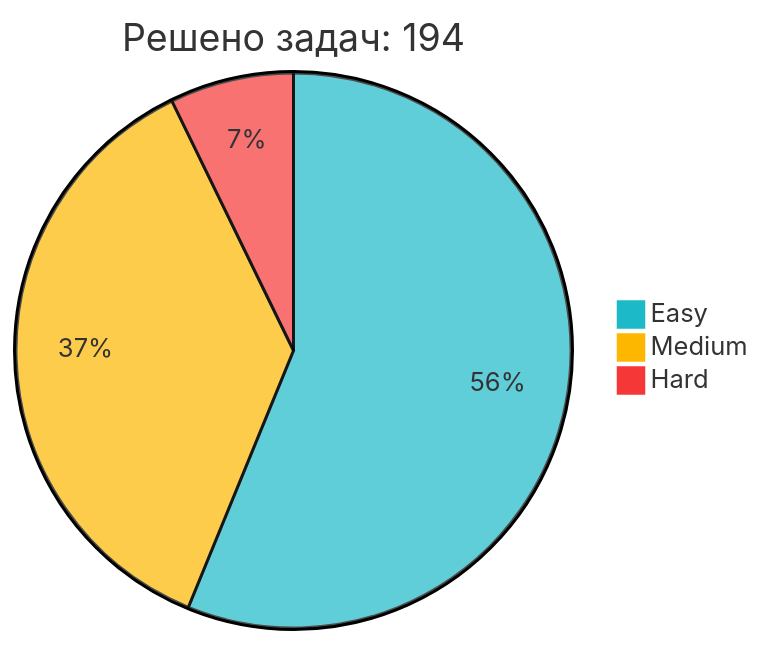
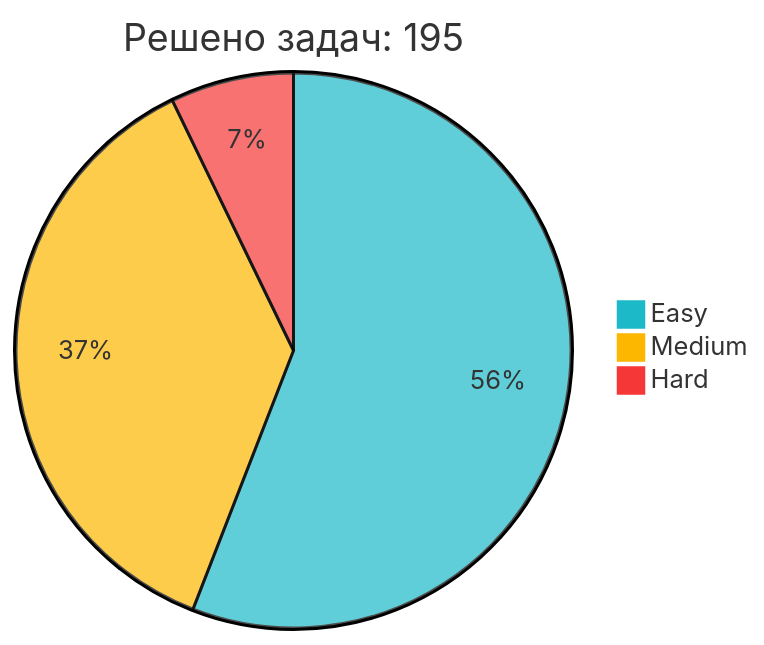
One commit to IliaKurdukov/IliaKurdukov changed the diagram in README.md. Above: the diagram before and after it, drawn with Mermaid. The commit also changed other lines of this file, not shown here.

Commit message:
📈 Обновление статистики LeetCode

````diff
--- a/README.md
+++ b/README.md
@@ -51,7 +51,7 @@
 ```mermaid
 %%{init: {'theme': 'base', 'themeVariables': { 'pie1': '#1CBAC8', 'pie2': '#FEB700', 'pie3': '#F63737' }, 'config': {'width': 300, 'height': 200}}}%%
-pie title Решено задач: 194
+pie title Решено задач: 195
    "Easy" : 109
-   "Medium" : 71
+   "Medium" : 72
    "Hard" : 14
 ```
````
